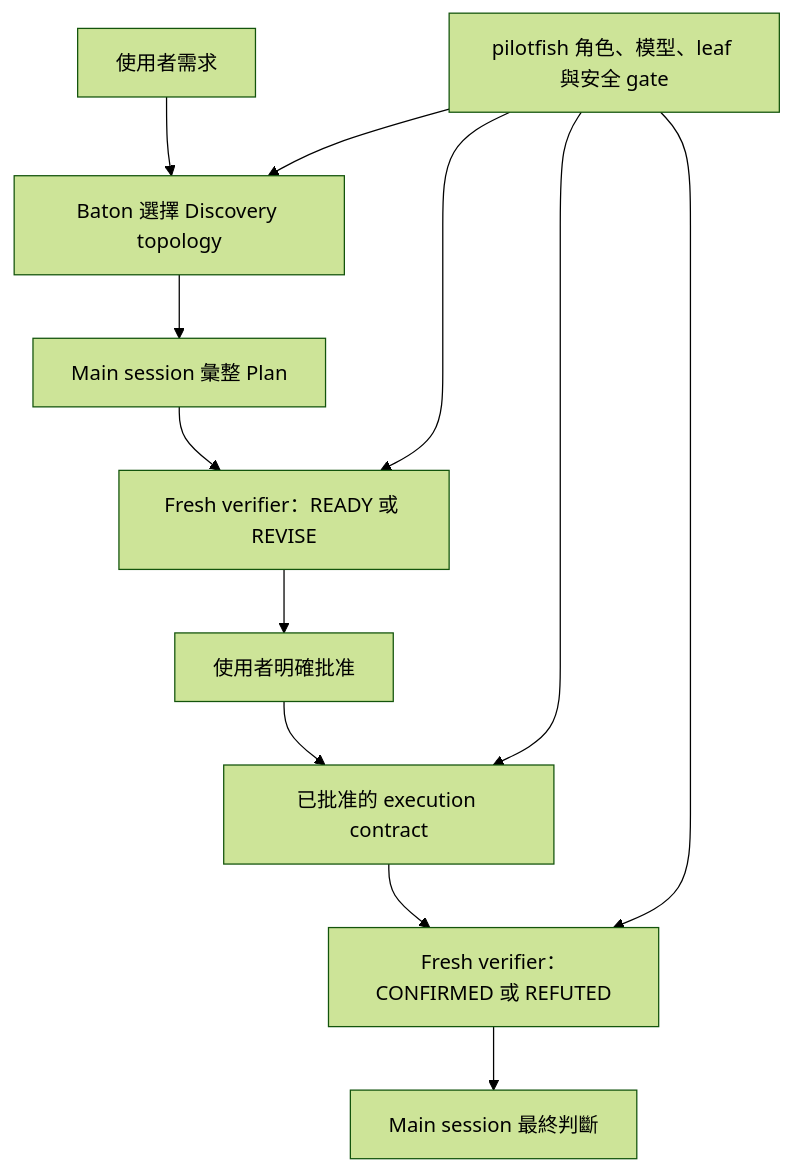
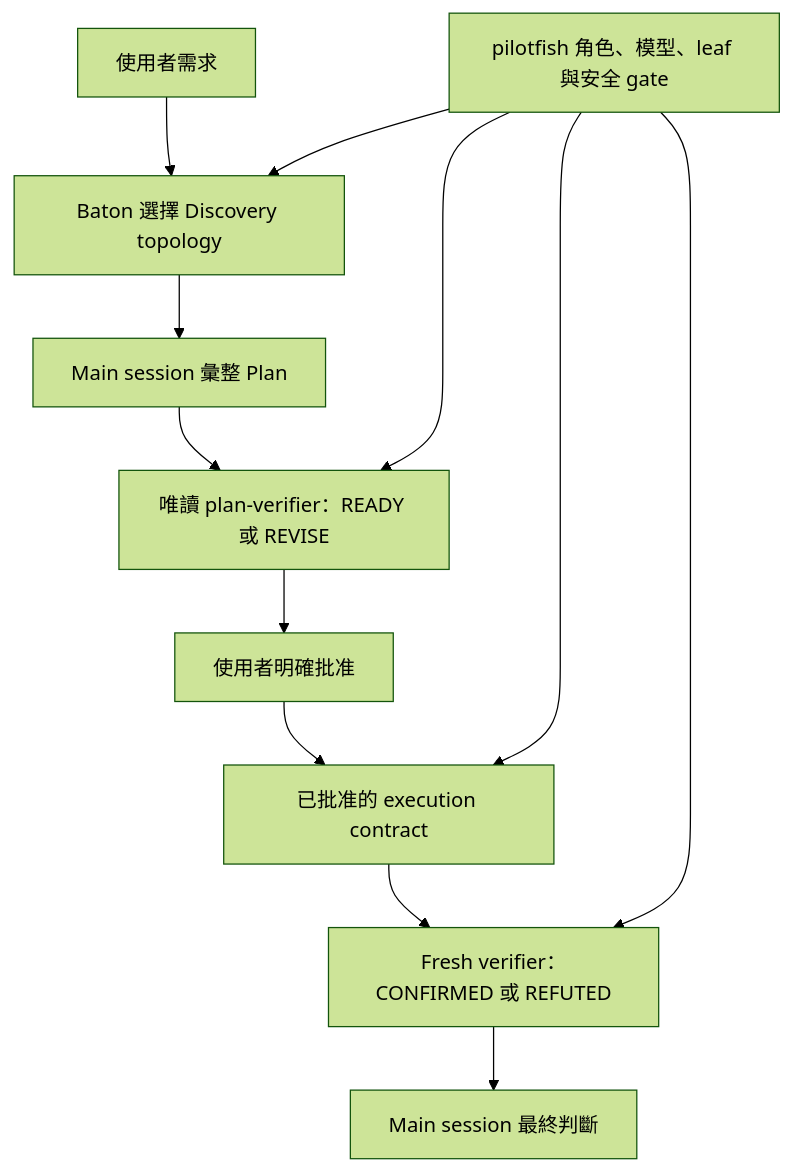
One commit to trionnemesis/pilotfish changed the diagram in benchmarks/baton-compatibility/README.zh-TW.md. Above: the diagram before and after it, drawn with Mermaid (forest theme). The commit also changed other lines of this file and 17 other files, not shown here.

````diff
--- a/benchmarks/baton-compatibility/README.zh-TW.md
+++ b/benchmarks/baton-compatibility/README.zh-TW.md
@@ -23,14 +23,14 @@
 ```mermaid
 flowchart TD
     REQUEST["使用者需求"] --> DISCOVERY["Baton 選擇 Discovery topology"]
     DISCOVERY --> PLAN["Main session 彙整 Plan"]
-    PLAN --> READINESS["Fresh verifier：READY 或 REVISE"]
+    PLAN --> READINESS["唯讀 plan-verifier：READY 或 REVISE"]
     READINESS --> APPROVAL["使用者明確批准"]
     APPROVAL --> EXECUTION["已批准的 execution contract"]
     EXECUTION --> OUTCOME["Fresh verifier：CONFIRMED 或 REFUTED"]
     OUTCOME --> FINAL["Main session 最終判斷"]
     PILOTFISH["pilotfish 角色、模型、leaf 與安全 gate"] --> DISCOVERY
     PILOTFISH --> READINESS
     PILOTFISH --> EXECUTION
     PILOTFISH --> OUTCOME
 ```
````
